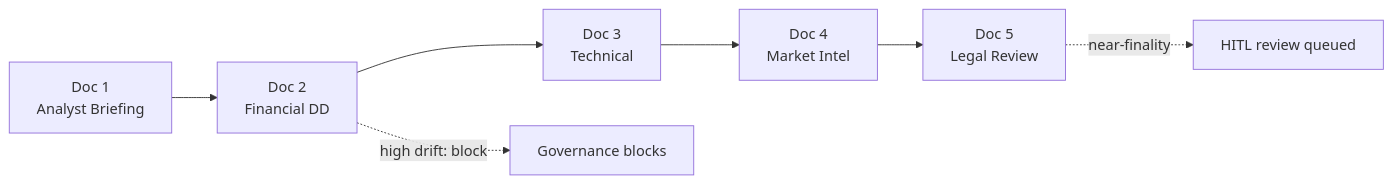
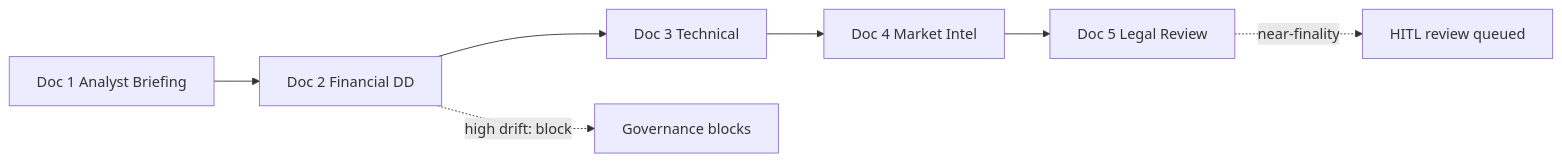
Before and after one commit to DealExMachina/swarm-of-governed-agents: the second of 2 diagrams in docs/demo.md, drawn with Mermaid. The commit also changed 3 other files, not shown here.

Commit message:
fix: Mermaid node labels for GitHub (remove \n, simplify text)

````diff
--- a/docs/demo.md
+++ b/docs/demo.md
@@ -64,9 +64,9 @@
 ```mermaid
 flowchart LR
-  D1[Doc 1\nAnalyst Briefing] --> D2[Doc 2\nFinancial DD]
-  D2 --> D3[Doc 3\nTechnical]
-  D3 --> D4[Doc 4\nMarket Intel]
-  D4 --> D5[Doc 5\nLegal Review]
+  D1[Doc 1 Analyst Briefing] --> D2[Doc 2 Financial DD]
+  D2 --> D3[Doc 3 Technical]
+  D3 --> D4[Doc 4 Market Intel]
+  D4 --> D5[Doc 5 Legal Review]
   D2 -.->|high drift: block| BLOCK[Governance blocks]
   D5 -.->|near-finality| HITL[HITL review queued]
 ```
````
